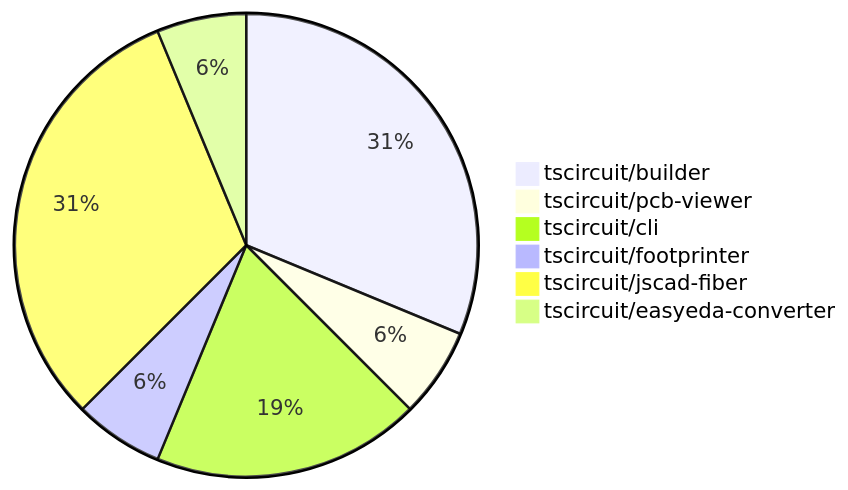
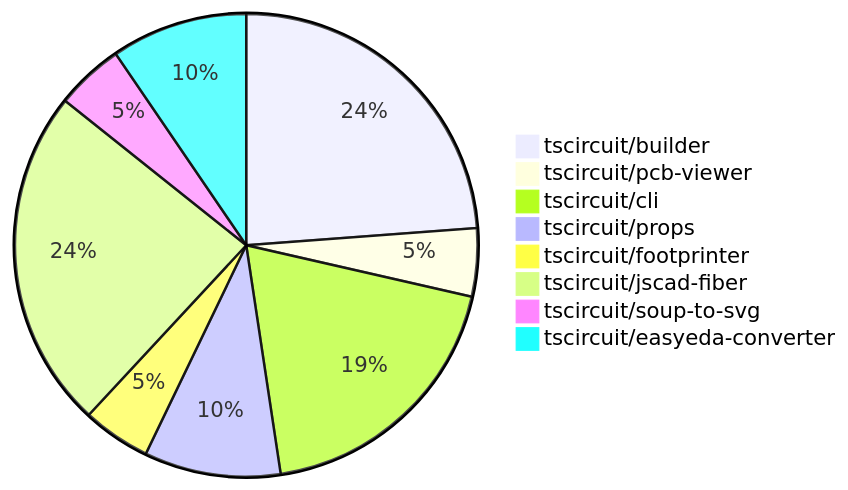
Before and after one commit to tscircuit/contribution-tracker: the diagram in README.md, drawn with Mermaid. The commit also changed other lines of this file and 1 other file, not shown here.

````diff
--- a/README.md
+++ b/README.md
@@ -24,9 +24,11 @@
 ```mermaid
 pie
     "tscircuit/builder" : 5
     "tscircuit/pcb-viewer" : 1
-    "tscircuit/cli" : 3
+    "tscircuit/cli" : 4
+    "tscircuit/props" : 2
     "tscircuit/footprinter" : 1
     "tscircuit/jscad-fiber" : 5
-    "tscircuit/easyeda-converter" : 1
+    "tscircuit/soup-to-svg" : 1
+    "tscircuit/easyeda-converter" : 2
 ```
````
